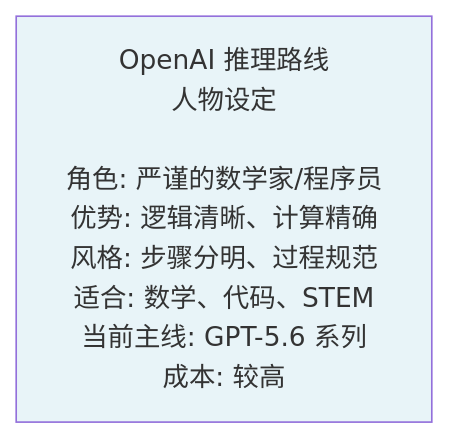
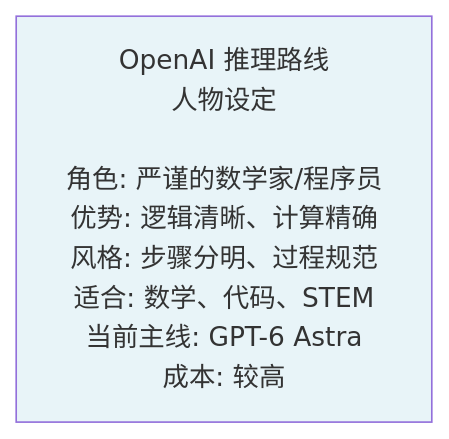
The second of 9 diagrams in 07_reasoning_models/7.4_major_reasoning_models.md (yeasy/ai_beginner_guide), drawn with Mermaid before and after one commit. The commit also changed other lines of this file and 2 other files, not shown here.

First line of the commit message:
fix(10.1,7.4,7章小结): GPT-6 Astra 已于 2026-09-03 发布，三处"当前前沿/主线"停在 GPT-5.6

````diff
--- a/07_reasoning_models/7.4_major_reasoning_models.md
+++ b/07_reasoning_models/7.4_major_reasoning_models.md
@@ -30,5 +30,5 @@
 ```mermaid
 graph LR
-    A["OpenAI 推理路线<br/>人物设定<br/><br/>角色: 严谨的数学家/程序员<br/>优势: 逻辑清晰、计算精确<br/>风格: 步骤分明、过程规范<br/>适合: 数学、代码、STEM<br/>当前主线: GPT-5.6 系列<br/>成本: 较高"]
+    A["OpenAI 推理路线<br/>人物设定<br/><br/>角色: 严谨的数学家/程序员<br/>优势: 逻辑清晰、计算精确<br/>风格: 步骤分明、过程规范<br/>适合: 数学、代码、STEM<br/>当前主线: GPT-6 Astra<br/>成本: 较高"]
     style A fill:#E8F4F8
 ```
````
